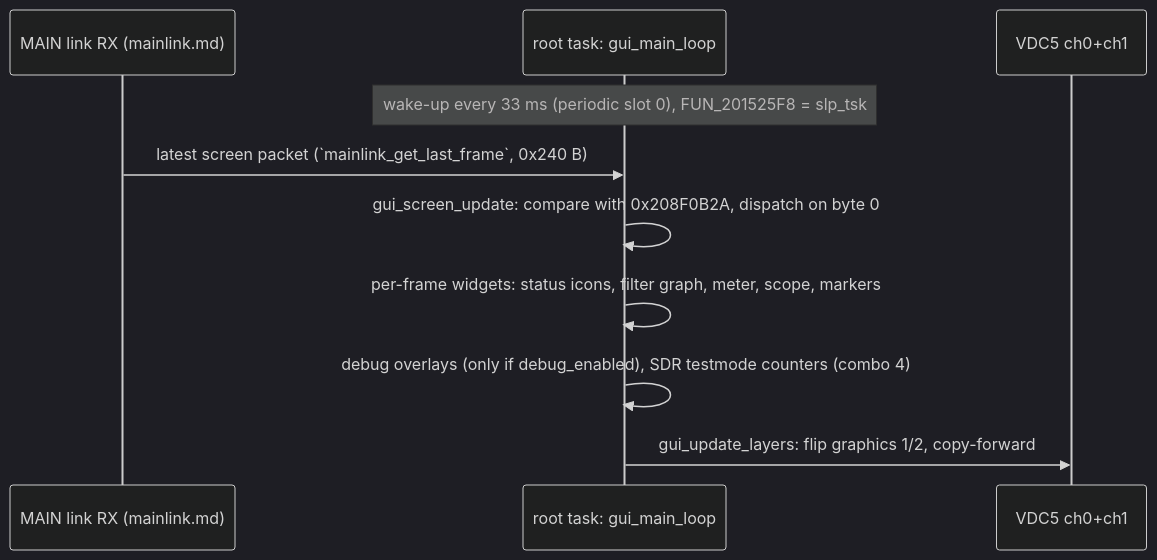
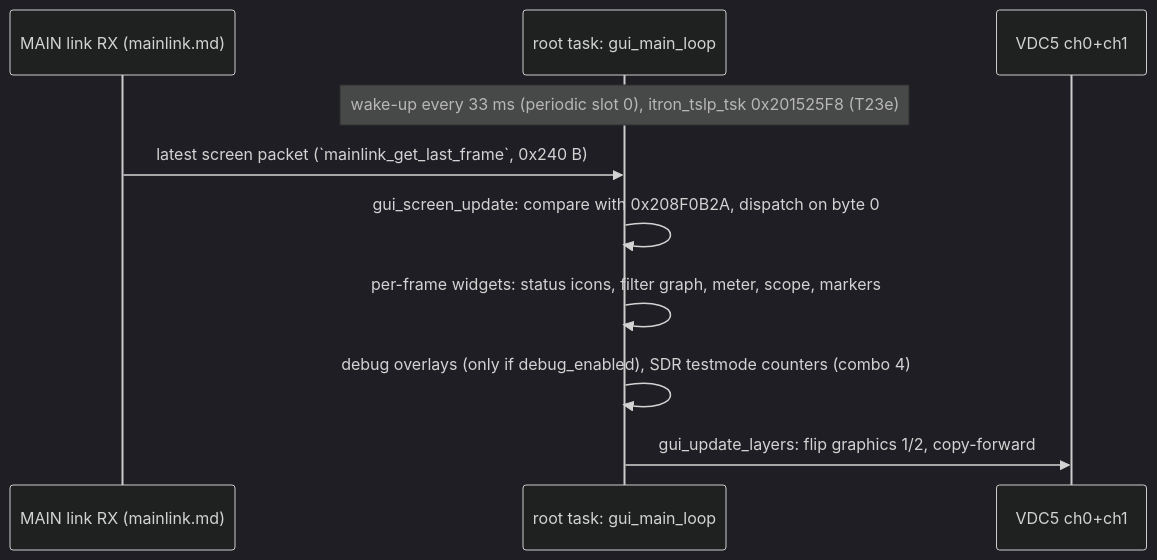
One commit to Reid-n0rc/FT-710_Firmware changed the second of 5 diagrams in docs/code/display/gui.md. Above: the diagram before and after it, drawn with Mermaid (dark theme). The commit also changed 12 other files, not shown here.

````diff
--- a/docs/code/display/gui.md
+++ b/docs/code/display/gui.md
@@ -119,12 +119,12 @@
 ```mermaid
 sequenceDiagram
   participant ML as MAIN link RX (mainlink.md)
   participant R as root task: gui_main_loop
   participant V as VDC5 ch0+ch1
-  Note over R: wake-up every 33 ms (periodic slot 0), FUN_201525F8 = slp_tsk
+  Note over R: wake-up every 33 ms (periodic slot 0), itron_tslp_tsk 0x201525F8 (T23e)
   ML->>R: latest screen packet (`mainlink_get_last_frame`, 0x240 B)
   R->>R: gui_screen_update: compare with 0x208F0B2A, dispatch on byte 0
   R->>R: per-frame widgets: status icons, filter graph, meter, scope, markers
   R->>R: debug overlays (only if debug_enabled), SDR testmode counters (combo 4)
   R->>V: gui_update_layers: flip graphics 1/2, copy-forward
 ```
````
